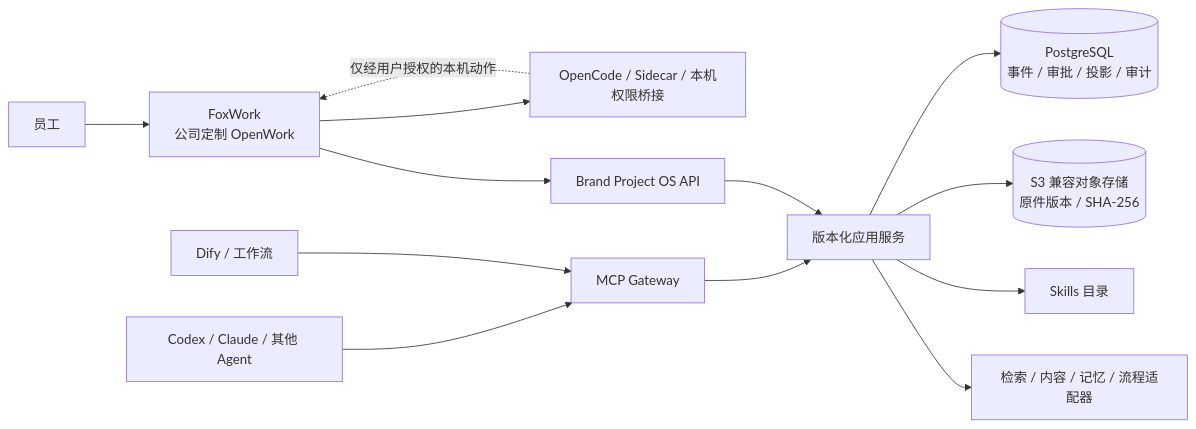
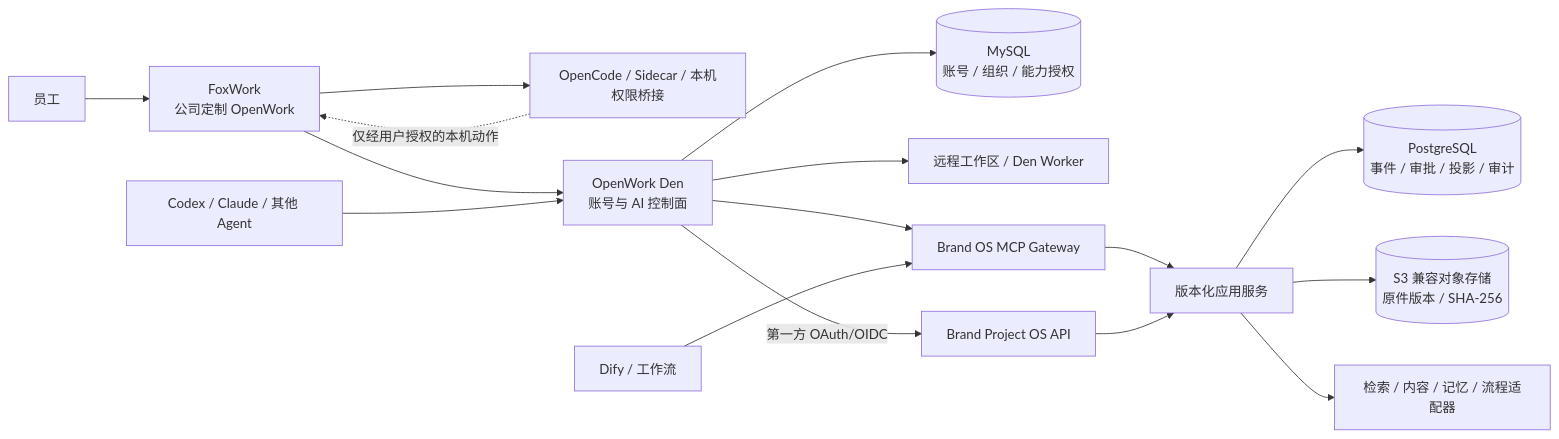
One commit to xingranya/fox changed the diagram in docs/adr/0005-single-client-server-authority.md. Above: the diagram before and after it, drawn with Mermaid. The commit also changed other lines of this file and 43 other files, not shown here.

First line of the commit message:
docs(spec): 统一 Den 与 Brand OS 活动规划

````diff
--- a/docs/adr/0005-single-client-server-authority.md
+++ b/docs/adr/0005-single-client-server-authority.md
@@ -35,18 +36,21 @@
 ```mermaid
 flowchart LR
     EMP["员工"] --> DESKTOP["FoxWork\n公司定制 OpenWork"]
     DESKTOP --> LOCAL["OpenCode / Sidecar / 本机权限桥接"]
-    DESKTOP --> API["Brand Project OS API"]
+    DESKTOP --> DEN["OpenWork Den\n账号与 AI 控制面"]
+    DEN --> DENDB[("MySQL\n账号 / 组织 / 能力授权")]
+    DEN --> REMOTE["远程工作区 / Den Worker"]
+    DEN -->|"第一方 OAuth/OIDC"| API["Brand Project OS API"]
 
-    AGENT["Codex / Claude / 其他 Agent"] --> MCP["MCP Gateway"]
+    AGENT["Codex / Claude / 其他 Agent"] --> DEN
+    DEN --> MCP["Brand OS MCP Gateway"]
     DIFY["Dify / 工作流"] --> MCP
     MCP --> APP["版本化应用服务"]
     API --> APP
 
     APP --> PG[("PostgreSQL\n事件 / 审批 / 投影 / 审计")]
     APP --> OBJ[("S3 兼容对象存储\n原件版本 / SHA-256")]
-    APP --> SKILL["Skills 目录"]
     APP --> ADAPTER["检索 / 内容 / 记忆 / 流程适配器"]
 
     LOCAL -. "仅经用户授权的本机动作" .-> DESKTOP
 ```
````
